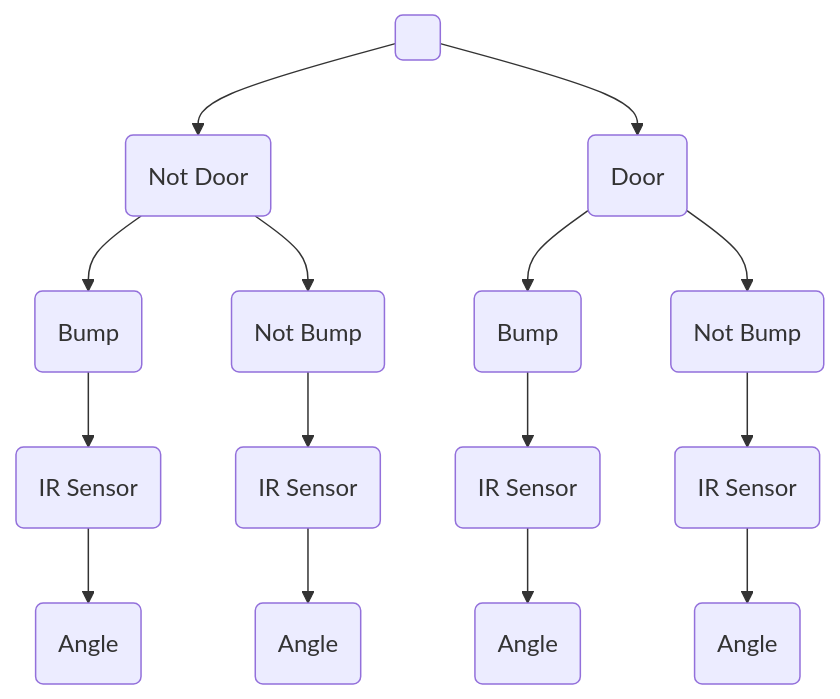
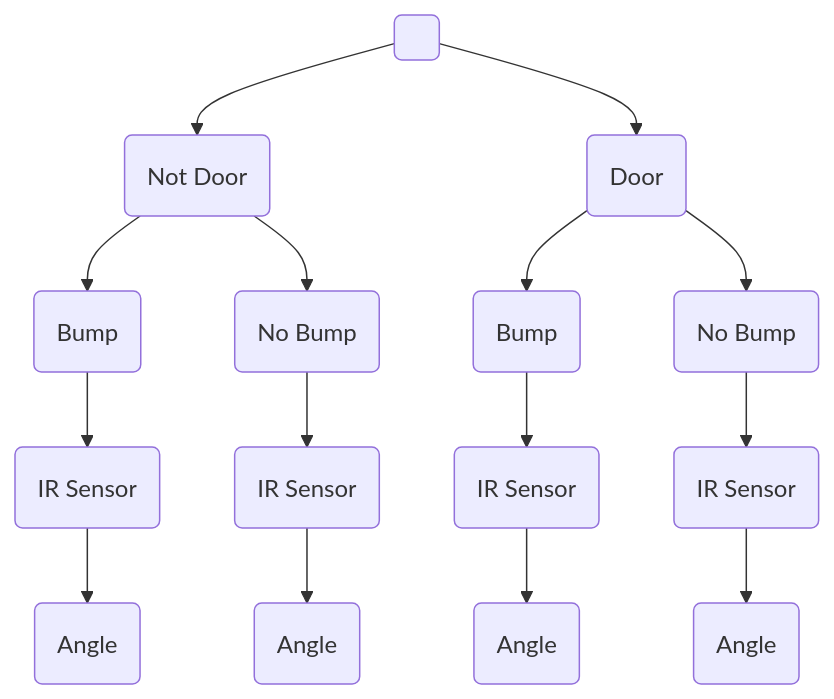
The second of 3 diagrams in README.md (vamshireddy7008/CSE5694-IROBOT), drawn with Mermaid before and after one commit. The commit also changed other lines of this file, not shown here.

````diff
--- a/README.md
+++ b/README.md
@@ -82,36 +82,36 @@
 ```mermaid
 graph TD;
     head( )
     d(Door)
     w(Not Door)
 
     bw(Bump)
     sbw(IR Sensor)
     abw(Angle)
-    nbw(Not Bump)
+    nbw(No Bump)
     sw(IR Sensor)
     aw(Angle)
     
     bd(Bump)
     sbd(IR Sensor)
     abd(Angle)
-    nbd(Not Bump)
+    nbd(No Bump)
     sd(IR Sensor)
     ad(Angle)
 
     head-->w;
     w-->bw;
     w-->nbw;
     nbw-->sw;
     sw-->aw;
     bw-->sbw;
     sbw-->abw;
 
     head-->d;
     d-->bd;
     d-->nbd;
     nbd-->sd;
     sd-->ad;
     bd-->sbd;
     sbd-->abd;
 ```
````
